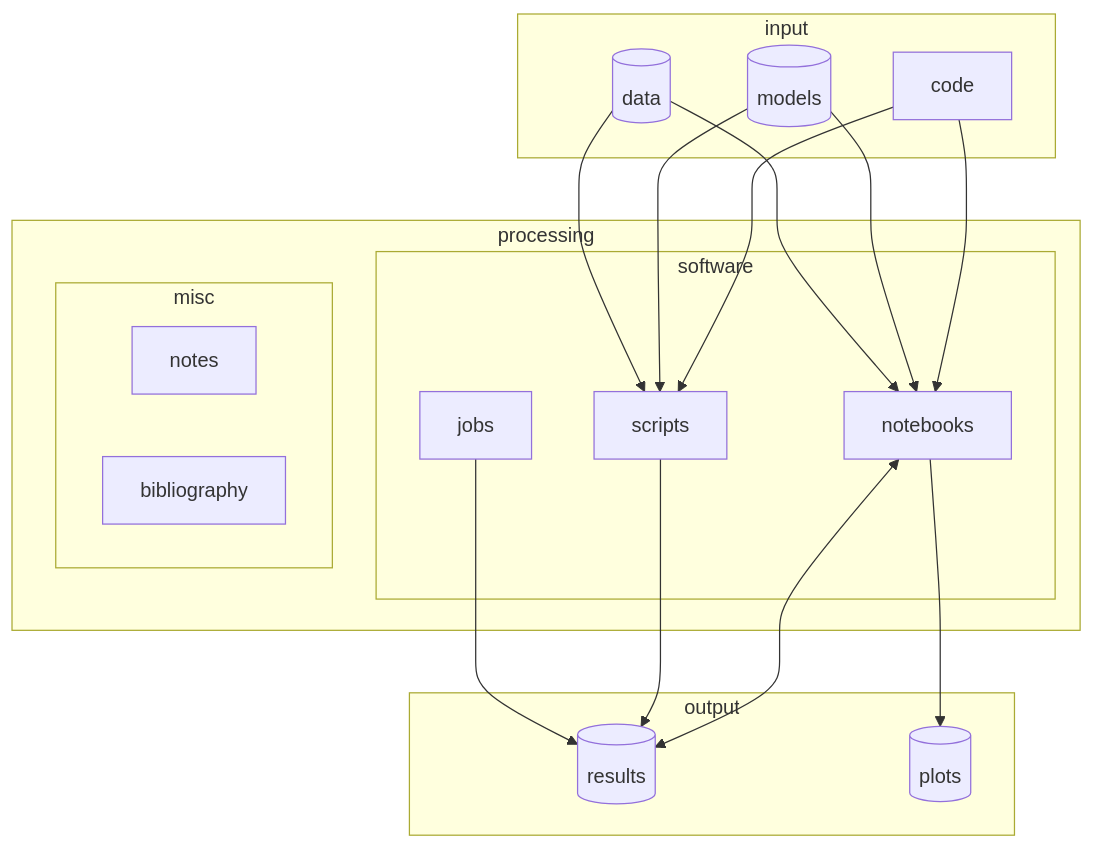
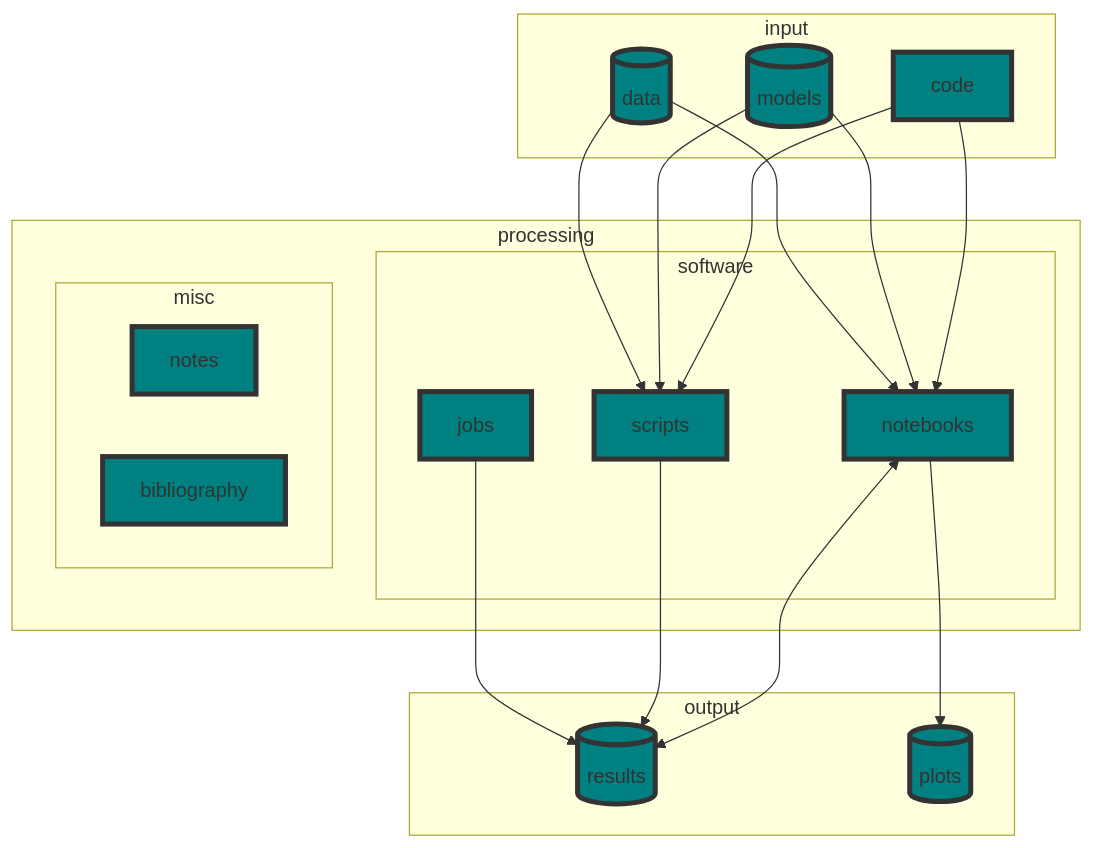
One commit to RiccardoBuscicchio/template-project changed the diagram in README.md. Above: the diagram before and after it, drawn with Mermaid. The commit also changed other lines of this file, not shown here.

````diff
--- a/README.md
+++ b/README.md
@@ -22,25 +22,26 @@
 ```mermaid
   flowchart TD
+  classDef default fill:#008080,stroke:#333,stroke-width:4px;
   subgraph "output"
     id3[(results)]
     id4[(plots)]
   end
   subgraph "processing"
     subgraph "software"
       jobs --> id3
       scripts --> id3
       notebooks-->id4
       notebooks<-->id3
     end
     subgraph "misc"
       notes
       bibliography
     end  
   end
   subgraph "input"
     id1[(data)] --> scripts & notebooks
     id2[(models)] --> scripts & notebooks
     code --> scripts
     code --> notebooks
   end
 ```
````
